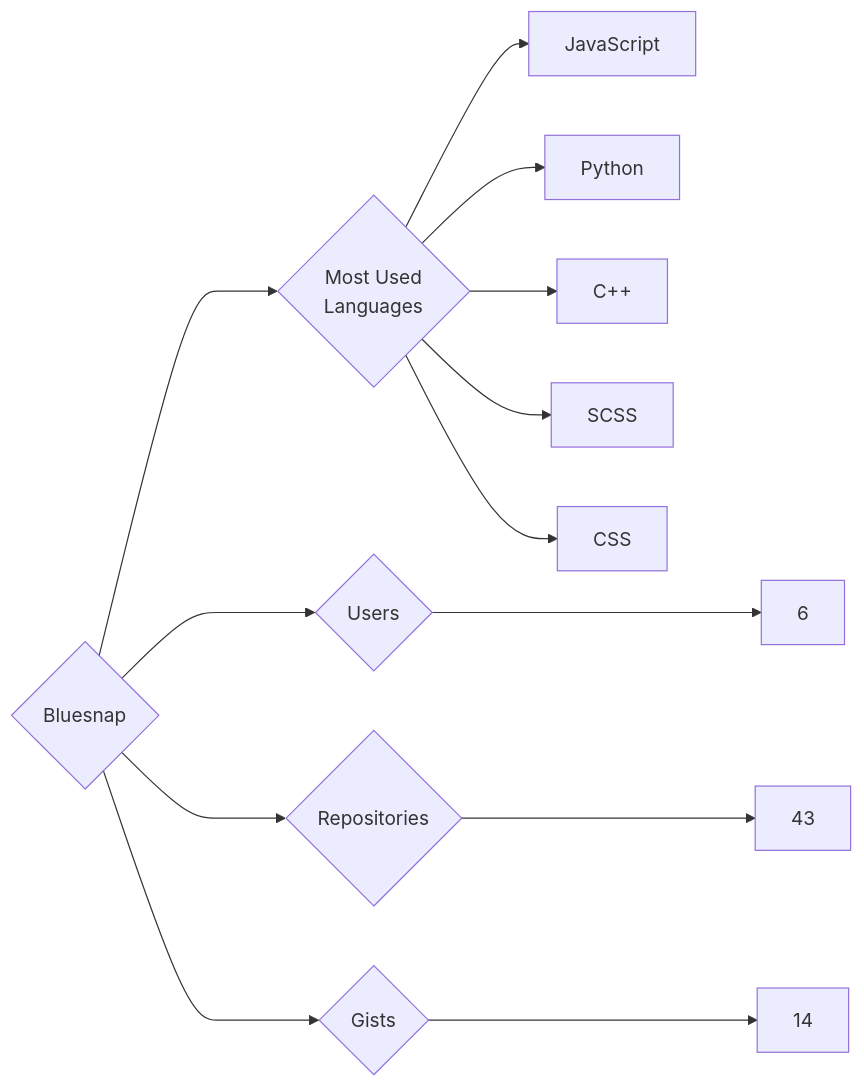
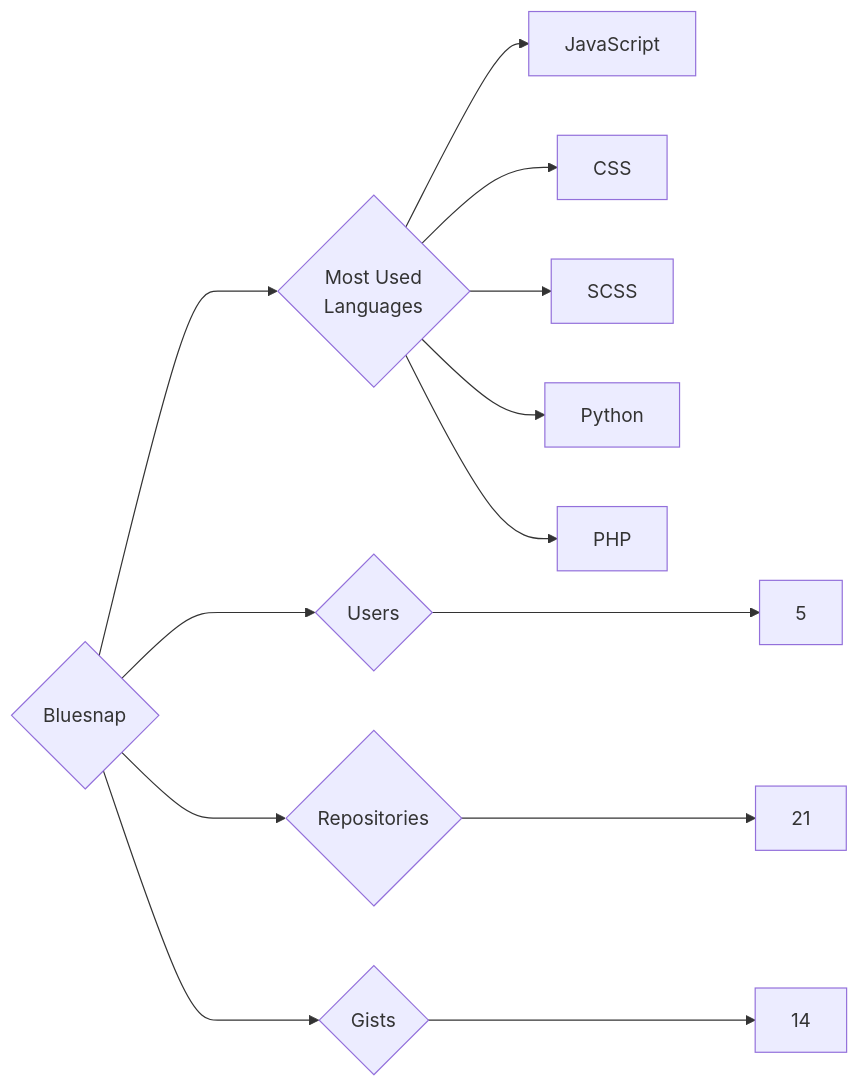
Before and after one commit to trickest/insiders: the diagram in targets/Bluesnap/README.md, drawn with Mermaid. The commit also changed 775 other files, not shown here.

````diff
--- a/targets/Bluesnap/README.md
+++ b/targets/Bluesnap/README.md
@@ -3,13 +3,13 @@
 ```mermaid
 graph LR
 COMPANY_NAME{Bluesnap}
-COMPANY_NAME ---> U{Users} ---> UN[6]
-COMPANY_NAME ---> R{Repositories} ---> RN[43]
+COMPANY_NAME ---> U{Users} ---> UN[5]
+COMPANY_NAME ---> R{Repositories} ---> RN[21]
 COMPANY_NAME ---> G{Gists} ---> GN[14]
 COMPANY_NAME ---> ML{Most Used<br>Languages}
 ML --> JavaScript[JavaScript]
+ML --> CSS[CSS]
+ML --> SCSS[SCSS]
 ML --> Python[Python]
-ML --> C++[C++]
-ML --> SCSS[SCSS]
-ML --> CSS[CSS]
+ML --> PHP[PHP]
 ```
````
